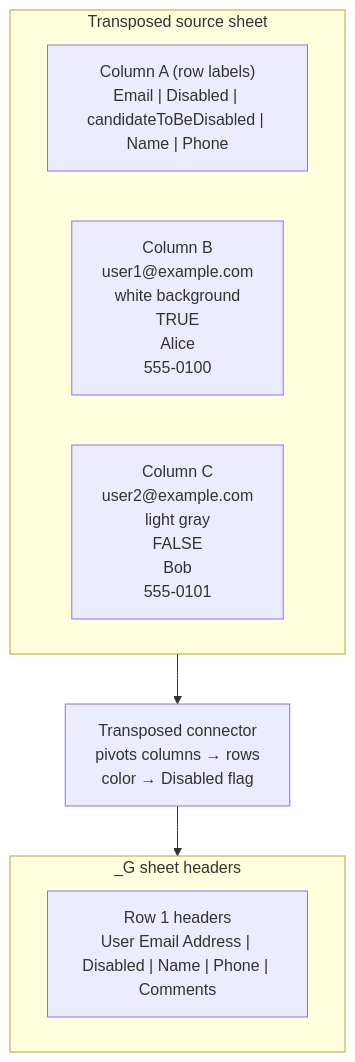
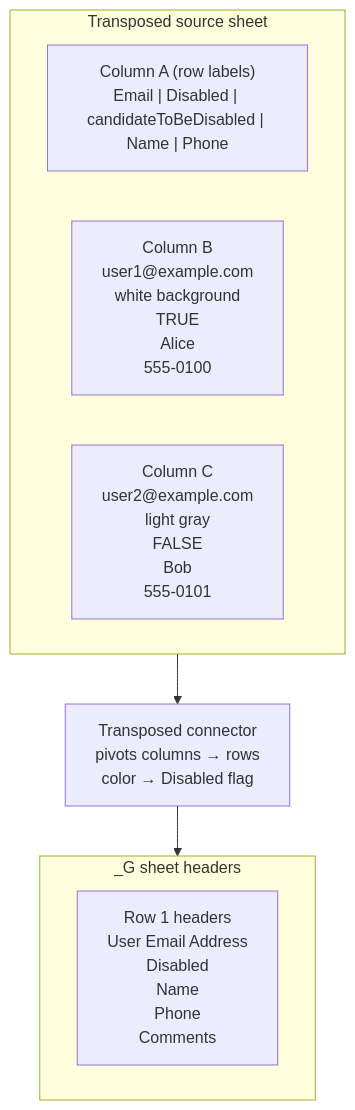
The second of 4 diagrams in docs/CONNECTORS_GUIDE.md (davidf9999/gdrive_permissions1), drawn with Mermaid before and after one commit. The commit also changed other lines of this file, not shown here.

Commit message:
docs: expand mermaid headers

````diff
--- a/docs/CONNECTORS_GUIDE.md
+++ b/docs/CONNECTORS_GUIDE.md
@@ -68,28 +70,32 @@
 ```mermaid
 flowchart TB
   subgraph TransposedSource["Transposed source sheet"]
     direction LR
     Labels["Column A (row labels)
 Email | Disabled | candidateToBeDisabled | Name | Phone"]
     UserCol1["Column B
 user1@example.com
 white background
 TRUE
 Alice
 555-0100"]
     UserCol2["Column C
 user2@example.com
 light gray
 FALSE
 Bob
 555-0101"]
   end
   TransposedSource --> Pivot["Transposed connector
 pivots columns → rows
 color → Disabled flag"]
   subgraph TargetSheet["<GroupName>_G sheet headers"]
     Headers["Row 1 headers
-User Email Address | Disabled | Name | Phone | Comments"]
+User Email Address
+Disabled
+Name
+Phone
+Comments"]
   end
   Pivot --> TargetSheet
 ```
````
